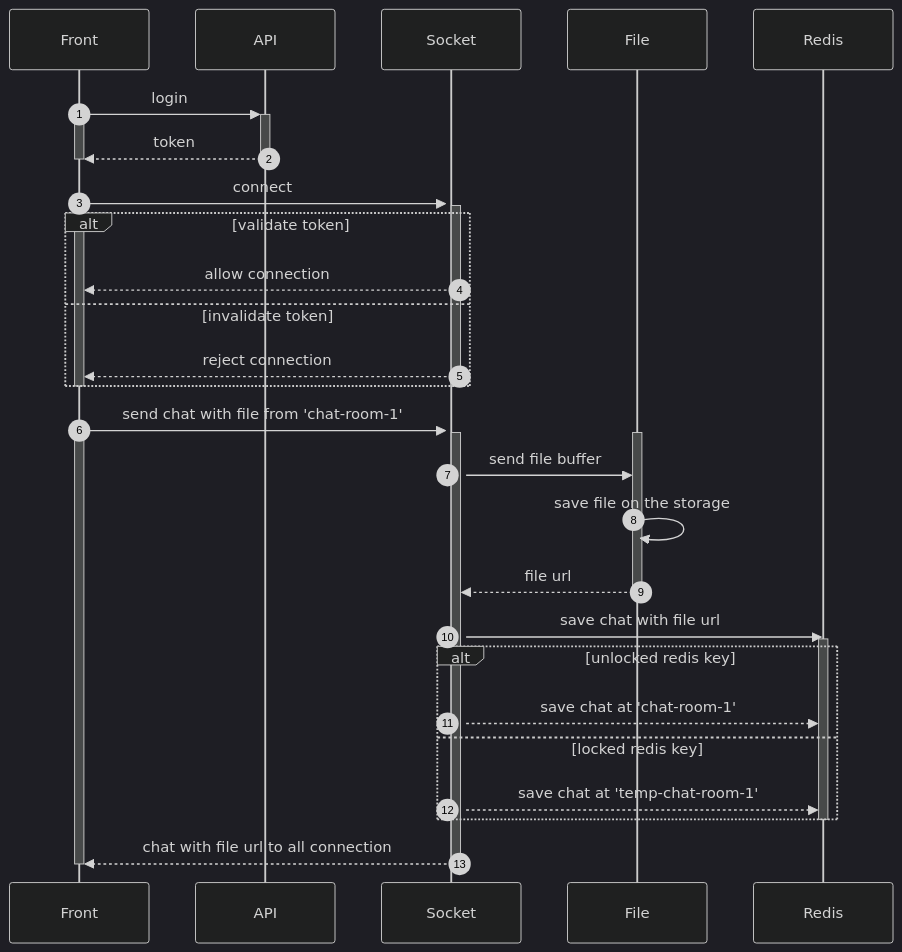
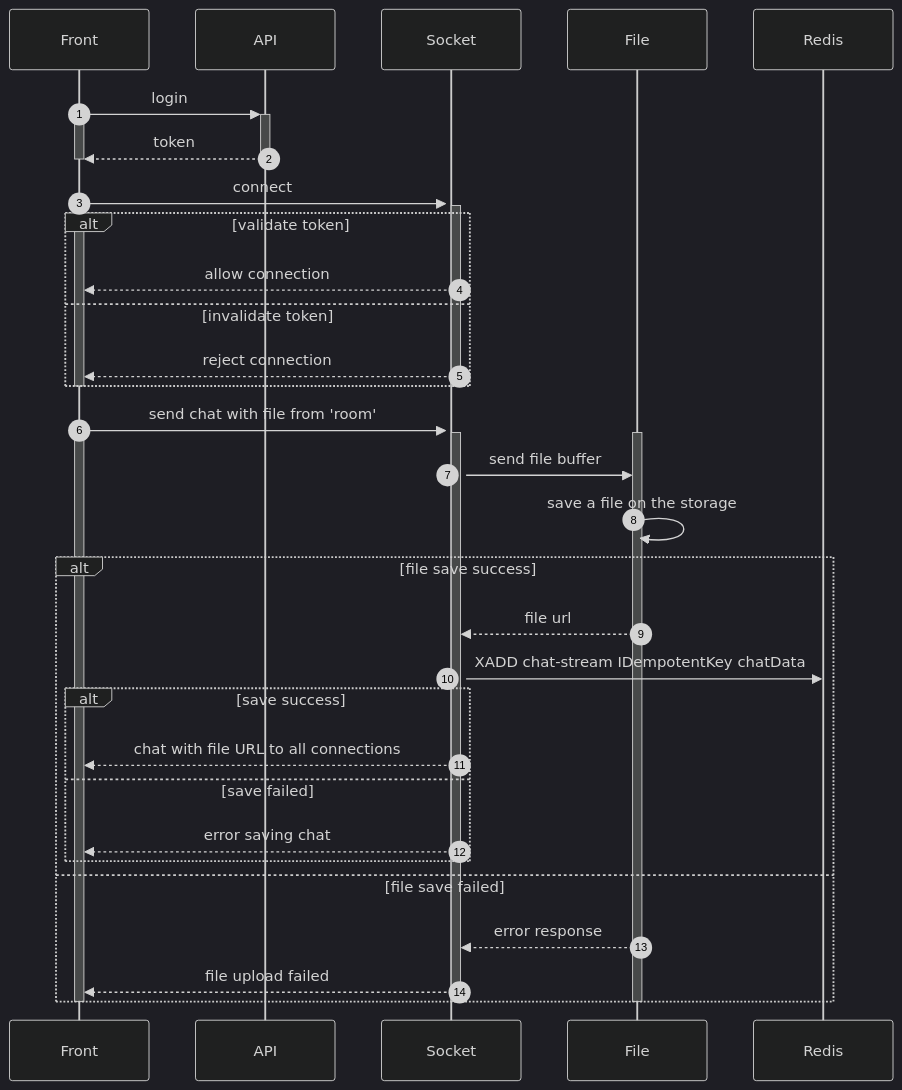
Before and after one commit to 0vollov0/chatting-server: the first of 3 diagrams in README.md, drawn with Mermaid (dark theme). The commit also changed other lines of this file, not shown here.

````diff
--- a/README.md
+++ b/README.md
@@ -133,46 +93,48 @@
 ```mermaid
 sequenceDiagram
   participant front as Front
   participant api as API
   participant socket as Socket
   participant file as File
   participant redis as Redis
   
   autonumber
   
   front ->>+ api: login
   activate front
   api -->>- front: token
   deactivate front
 
   activate socket
   front ->>+ socket: connect
   activate front
   alt validate token
     socket -->> front: allow connection
   else invalidate token
     socket -->> front: reject connection
   end
   deactivate front
   deactivate socket
 
-  front ->> socket: send chat with file from 'chat-room-1'
+  front ->> socket: send chat with file from 'room'
   activate socket
   activate front
   activate file
   socket ->> file: send file buffer
-  file ->> file: save file on the storage
-  file -->> socket: file url
+  file ->> file: save a file on the storage
+  alt file save success
+    file -->> socket: file url
+    socket ->> redis: XADD chat-stream IDempotentKey chatData
+    alt save success
+      socket -->> front: chat with file URL to all connections
+    else save failed
+      socket -->> front: error saving chat
+    end
+  else file save failed
+    file -->> socket: error response
+    socket -->> front: file upload failed
+  end
   deactivate file
-  socket ->> redis: save chat with file url
-  activate redis
-  alt unlocked redis key
-    socket -->> redis: save chat at 'chat-room-1'
-  else locked redis key
-    socket -->> redis: save chat at 'temp-chat-room-1'
-  end
-  deactivate redis
-  socket -->> front: chat with file url to all connection
   deactivate front
   deactivate socket
 ```
````
